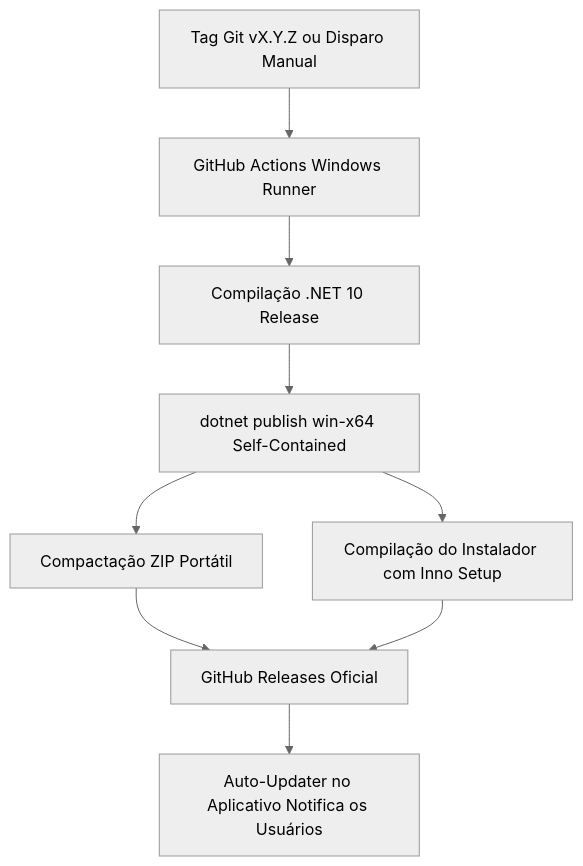
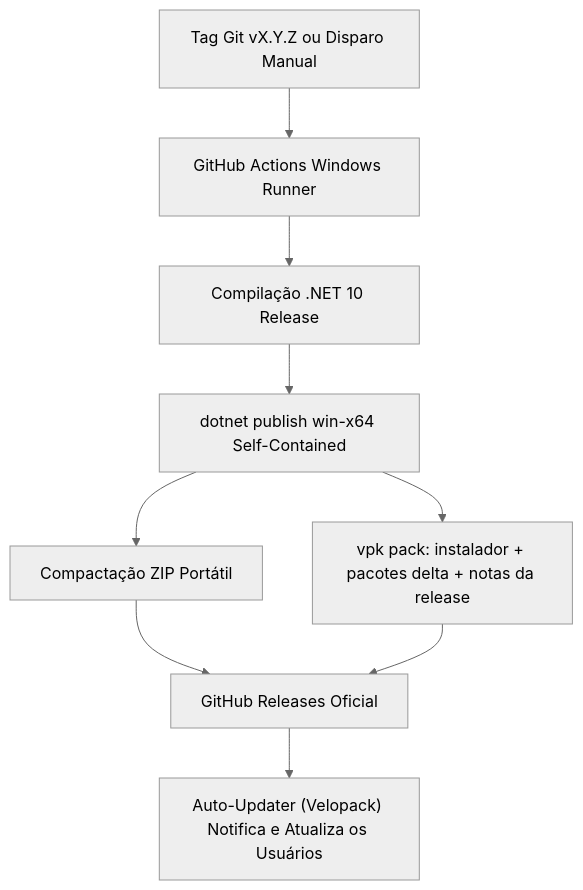
One commit to Gabriel-Freitas-S/CGPDI.StudyLab changed the diagram in docs/src/content/docs/deploy/github-pages-e-ci-cd.md. Above: the diagram before and after it, drawn with Mermaid (neutral theme). The commit also changed other lines of this file and 28 other files, not shown here.

````diff
--- a/docs/src/content/docs/deploy/github-pages-e-ci-cd.md
+++ b/docs/src/content/docs/deploy/github-pages-e-ci-cd.md
@@ -17,11 +17,11 @@
 ```mermaid
 graph TD
     A["Tag Git vX.Y.Z ou Disparo Manual"] --> B["GitHub Actions Windows Runner"]
     B --> C["Compilação .NET 10 Release"]
     C --> D["dotnet publish win-x64 Self-Contained"]
     D --> E["Compactação ZIP Portátil"]
-    D --> F["Compilação do Instalador com Inno Setup"]
+    D --> F["vpk pack: instalador + pacotes delta + notas da release"]
     E --> G["GitHub Releases Oficial"]
     F --> G
-    G --> H["Auto-Updater no Aplicativo Notifica os Usuários"]
+    G --> H["Auto-Updater (Velopack) Notifica e Atualiza os Usuários"]
 ```
````
